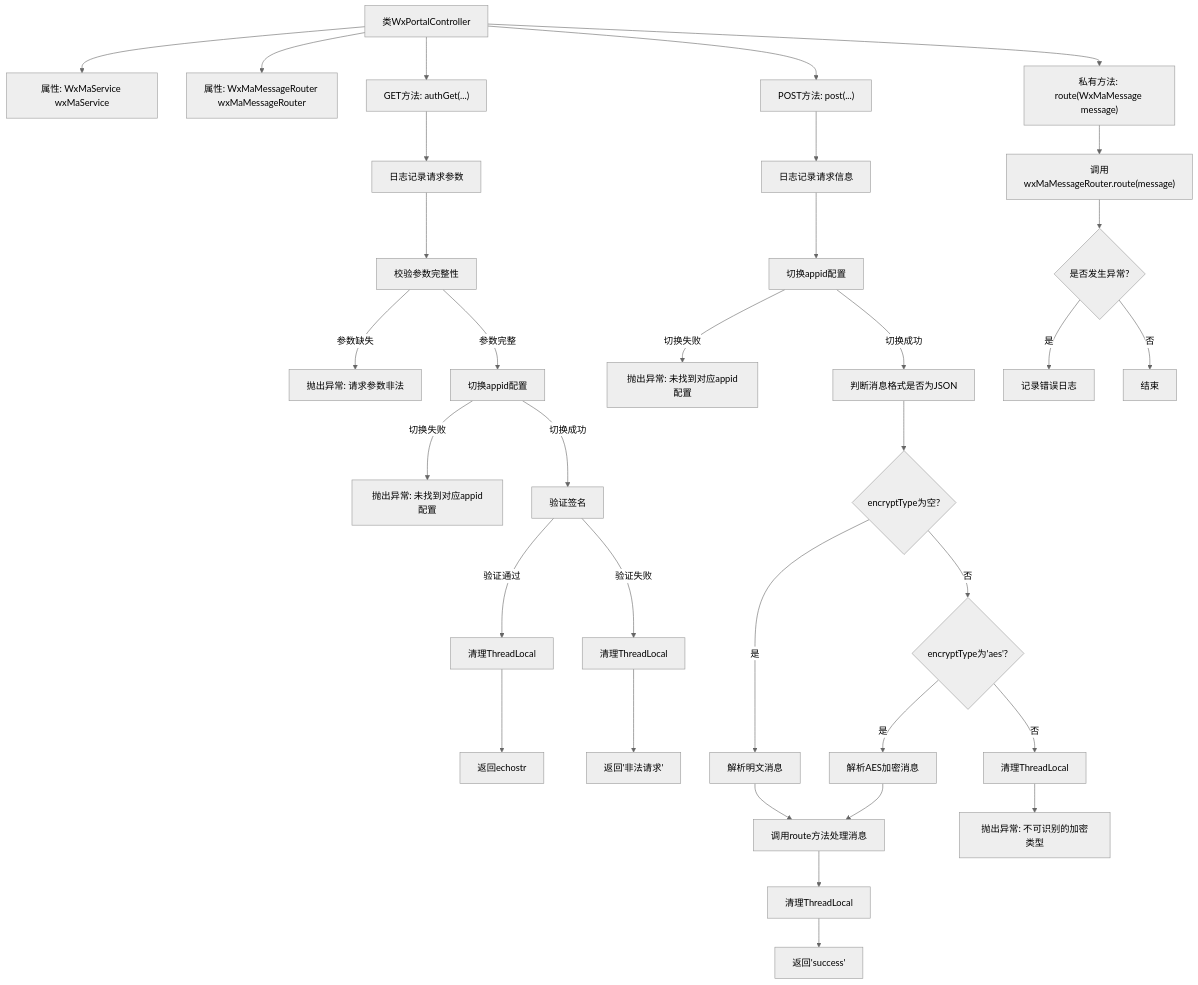
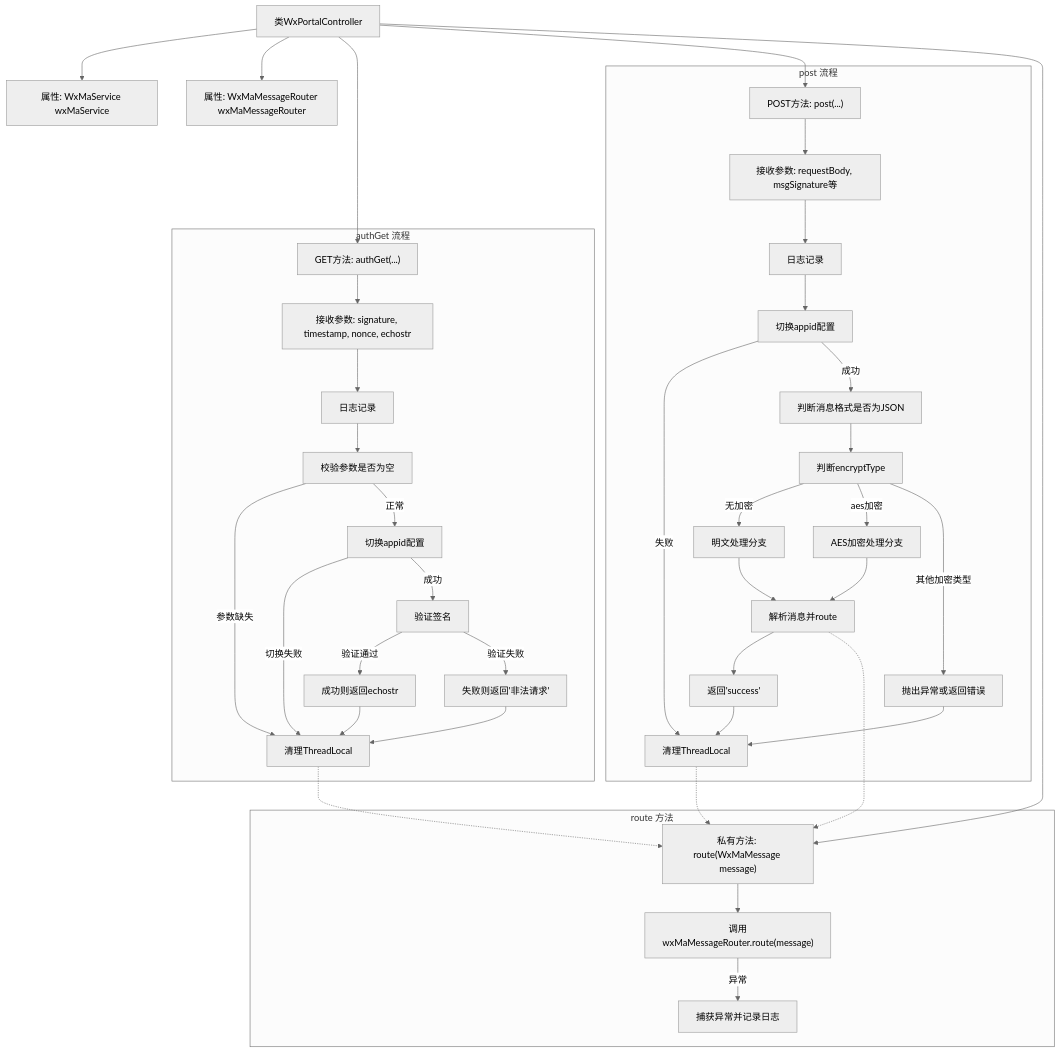
Before and after one commit to v-wjrong/binary_weixin-java-miniapp-demo: the second of 2 diagrams in docs/zh/docs/src/main/java/com/github/binarywang/demo/wx/miniapp/controller/WxPortalController.md, drawn with Mermaid (neutral theme). The commit also changed other lines of this file and 47 other files, not shown here.

````diff
--- a/docs/zh/docs/src/main/java/com/github/binarywang/demo/wx/miniapp/controller/WxPortalController.md
+++ b/docs/zh/docs/src/main/java/com/github/binarywang/demo/wx/miniapp/controller/WxPortalController.md
@@ -94,46 +114,79 @@
 ```mermaid
 graph TD
     A["类WxPortalController"]
     B["属性: WxMaService wxMaService"]
     C["属性: WxMaMessageRouter wxMaMessageRouter"]
     D["GET方法: authGet(...)"]
     E["POST方法: post(...)"]
     F["私有方法: route(WxMaMessage message)"]
 
     A --> B
     A --> C
     A --> D
     A --> E
     A --> F
 
-    D --> D1["日志记录请求参数"]
-    D1 --> D2["校验参数完整性"]
-    D2 --"参数缺失"--> D3["抛出异常: 请求参数非法"]
-    D2 --"参数完整"--> D4["切换appid配置"]
-    D4 --"切换失败"--> D5["抛出异常: 未找到对应appid配置"]
-    D4 --"切换成功"--> D6["验证签名"]
-    D6 --"验证通过"--> D7["清理ThreadLocal"]
-    D7 --> D8["返回echostr"]
-    D6 --"验证失败"--> D9["清理ThreadLocal"]
-    D9 --> D10["返回'非法请求'"]
+    subgraph "authGet 流程"
+        D1["接收参数: signature, timestamp, nonce, echostr"]
+        D2["日志记录"]
+        D3["校验参数是否为空"]
+        D4["切换appid配置"]
+        D5["验证签名"]
+        D6["成功则返回echostr"]
+        D7["失败则返回'非法请求'"]
+        D8["清理ThreadLocal"]
 
-    E --> E1["日志记录请求信息"]
-    E1 --> E2["切换appid配置"]
-    E2 --"切换失败"--> E3["抛出异常: 未找到对应appid配置"]
-    E2 --"切换成功"--> E4["判断消息格式是否为JSON"]
-    E4 --> E5{"encryptType为空?"}
-    E5 --"是"--> E6["解析明文消息"]
-    E6 --> E7["调用route方法处理消息"]
-    E7 --> E8["清理ThreadLocal"]
-    E8 --> E9["返回'success'"]
-    E5 --"否"--> E10{"encryptType为'aes'?"}
-    E10 --"是"--> E11["解析AES加密消息"]
-    E11 --> E7
-    E10 --"否"--> E12["清理ThreadLocal"]
-    E12 --> E13["抛出异常: 不可识别的加密类型"]
+        D --> D1
+        D1 --> D2
+        D2 --> D3
+        D3 -- 参数缺失 --> D8
+        D3 -- 正常 --> D4
+        D4 -- 切换失败 --> D8
+        D4 -- 成功 --> D5
+        D5 -- 验证通过 --> D6
+        D5 -- 验证失败 --> D7
+        D6 --> D8
+        D7 --> D8
+    end
 
-    F --> F1["调用wxMaMessageRouter.route(message)"]
-    F1 --> F2{"是否发生异常?"}
-    F2 --"是"--> F3["记录错误日志"]
-    F2 --"否"--> F4["结束"]
+    subgraph "post 流程"
+        E1["接收参数: requestBody, msgSignature等"]
+        E2["日志记录"]
+        E3["切换appid配置"]
+        E4["判断消息格式是否为JSON"]
+        E5["判断encryptType"]
+        E6["明文处理分支"]
+        E7["AES加密处理分支"]
+        E8["解析消息并route"]
+        E9["返回'success'"]
+        E10["抛出异常或返回错误"]
+        E11["清理ThreadLocal"]
+
+        E --> E1
+        E1 --> E2
+        E2 --> E3
+        E3 -- 失败 --> E11
+        E3 -- 成功 --> E4
+        E4 --> E5
+        E5 -- 无加密 --> E6
+        E5 -- aes加密 --> E7
+        E6 --> E8
+        E7 --> E8
+        E8 --> E9
+        E9 --> E11
+        E5 -- 其他加密类型 --> E10
+        E10 --> E11
+    end
+
+    subgraph "route 方法"
+        F1["调用wxMaMessageRouter.route(message)"]
+        F2["捕获异常并记录日志"]
+
+        F --> F1
+        F1 -- 异常 --> F2
+    end
+
+    D8 -.-> F
+    E8 -.-> F
+    E11 -.-> F
 ```
````
